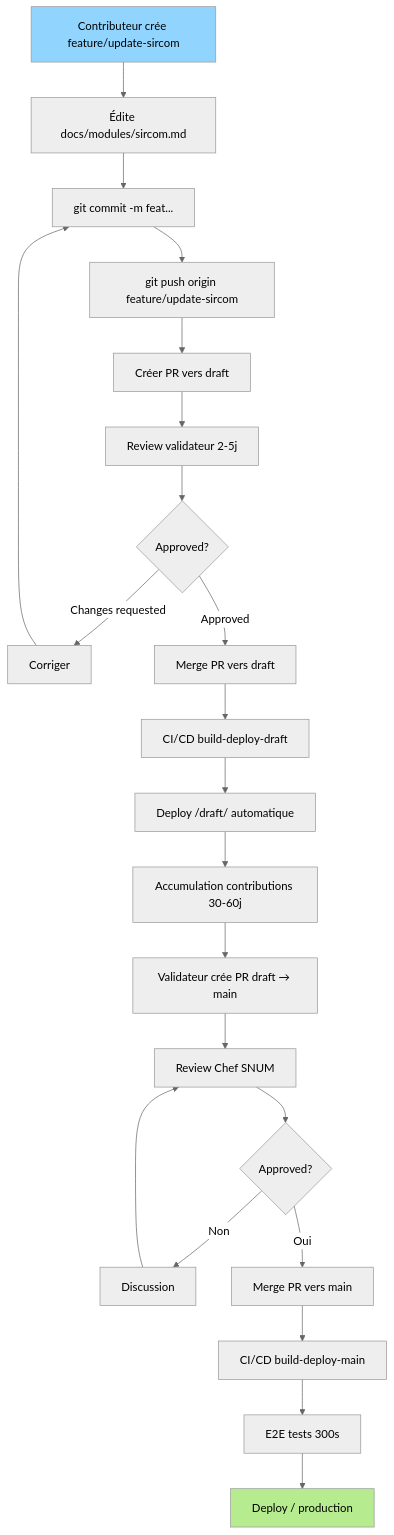
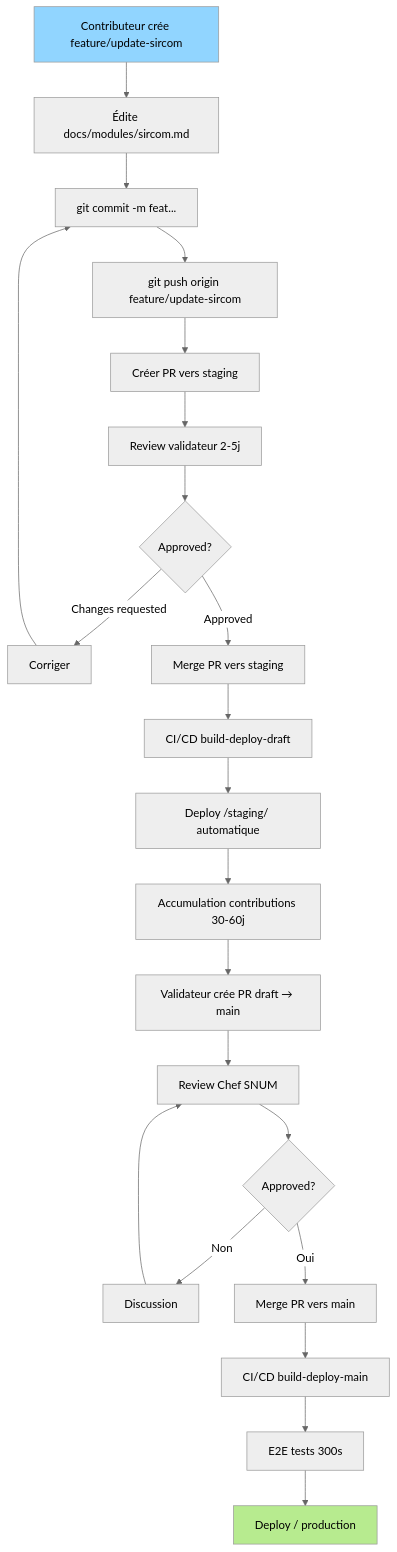
One commit to Alexmacapple/span-sg changed the first of 2 diagrams in docs/adr/009-migration-github-environments.md. Above: the diagram before and after it, drawn with Mermaid (neutral theme). The commit also changed other lines of this file and 12 other files, not shown here.

First line of the commit message:
docs: renommer toutes références /draft/ vers /staging/

````diff
--- a/docs/adr/009-migration-github-environments.md
+++ b/docs/adr/009-migration-github-environments.md
@@ -396,27 +396,27 @@
 ```mermaid
 flowchart TD
     A[Contributeur crée feature/update-sircom] --> B[Édite docs/modules/sircom.md]
     B --> C[git commit -m feat...]
     C --> D[git push origin feature/update-sircom]
-    D --> E[Créer PR vers draft]
+    D --> E[Créer PR vers staging]
     E --> F[Review validateur 2-5j]
     F --> G{Approved?}
     G -->|Changes requested| H[Corriger]
     H --> C
-    G -->|Approved| I[Merge PR vers draft]
+    G -->|Approved| I[Merge PR vers staging]
     I --> J[CI/CD build-deploy-draft]
-    J --> K[Deploy /draft/ automatique]
+    J --> K[Deploy /staging/ automatique]
     K --> L[Accumulation contributions 30-60j]
     L --> M[Validateur crée PR draft → main]
     M --> N[Review Chef SNUM]
     N --> O{Approved?}
     O -->|Non| P[Discussion]
     P --> N
     O -->|Oui| Q[Merge PR vers main]
     Q --> R[CI/CD build-deploy-main]
     R --> S[E2E tests 300s]
     S --> T[Deploy / production]
 
     style A fill:#91d5ff
     style T fill:#b7eb8f
 ```
````
